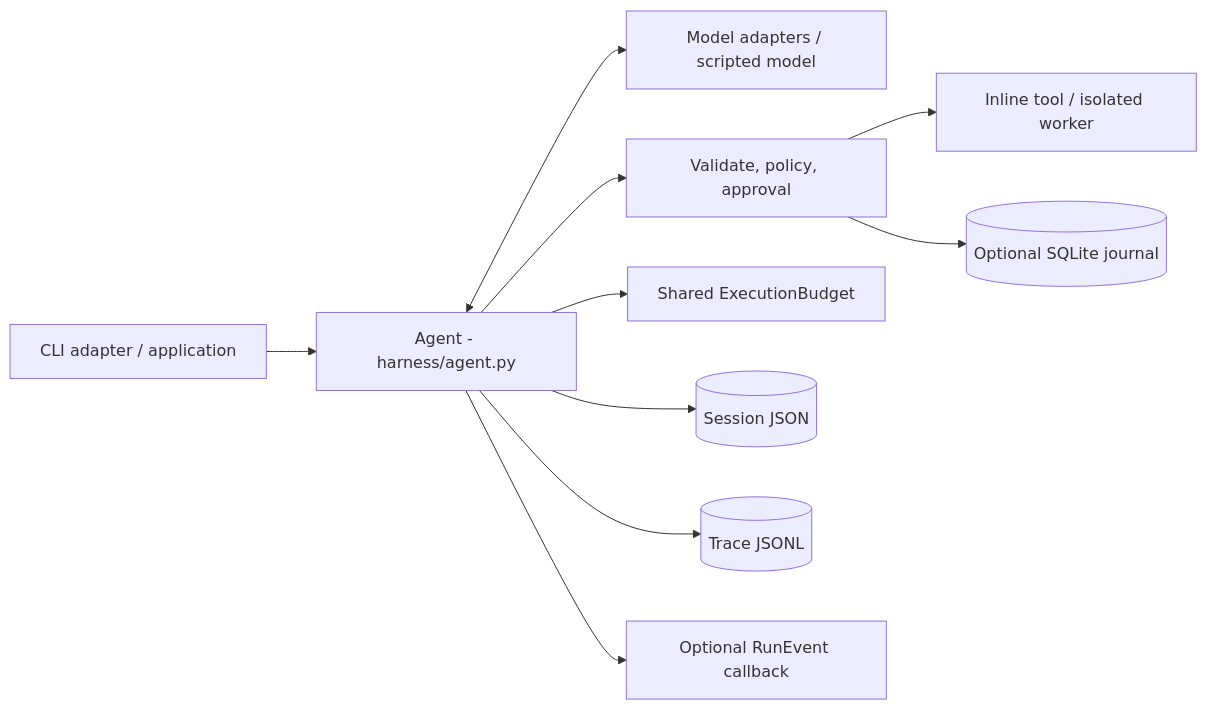
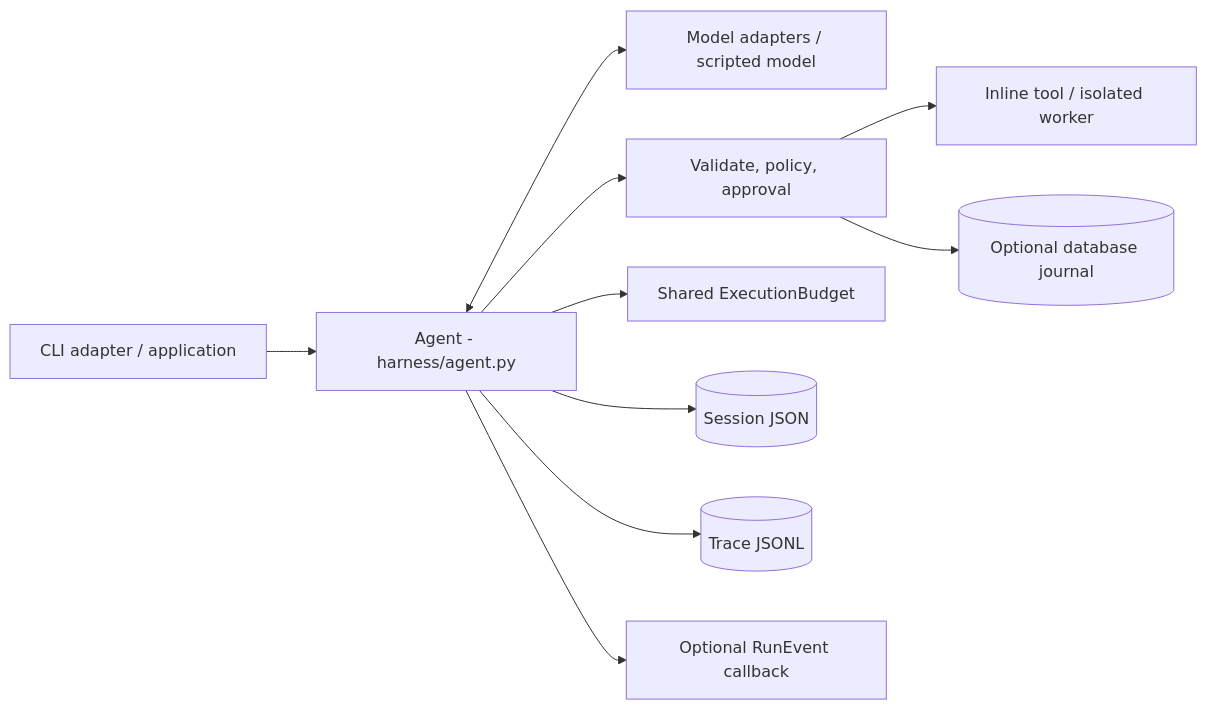
The first of 2 diagrams in docs/ARCHITECTURE.md (alxmancilla/little_harness), drawn with Mermaid before and after one commit. The commit also changed other lines of this file and 40 other files, not shown here.

Commit message:
Add database-backed memory and remove SQLite journals

`````diff
--- a/docs/ARCHITECTURE.md
+++ b/docs/ARCHITECTURE.md
@@ -26,9 +26,9 @@
 ````mermaid
 flowchart LR
     App["CLI adapter / application"] --> Agent["Agent - harness/agent.py"]
     Agent <--> Model["Model adapters / scripted model"]
     Agent --> Gates["Validate, policy, approval"] --> Exec["Inline tool / isolated worker"]
     Agent --> Budget["Shared ExecutionBudget"]
     Agent --> Session[("Session JSON")]; Agent --> Trace[("Trace JSONL")]
-    Gates --> Journal[("Optional SQLite journal")]; Agent --> Events["Optional RunEvent callback"]
+    Gates --> Journal[("Optional database journal")]; Agent --> Events["Optional RunEvent callback"]
 ````
`````
